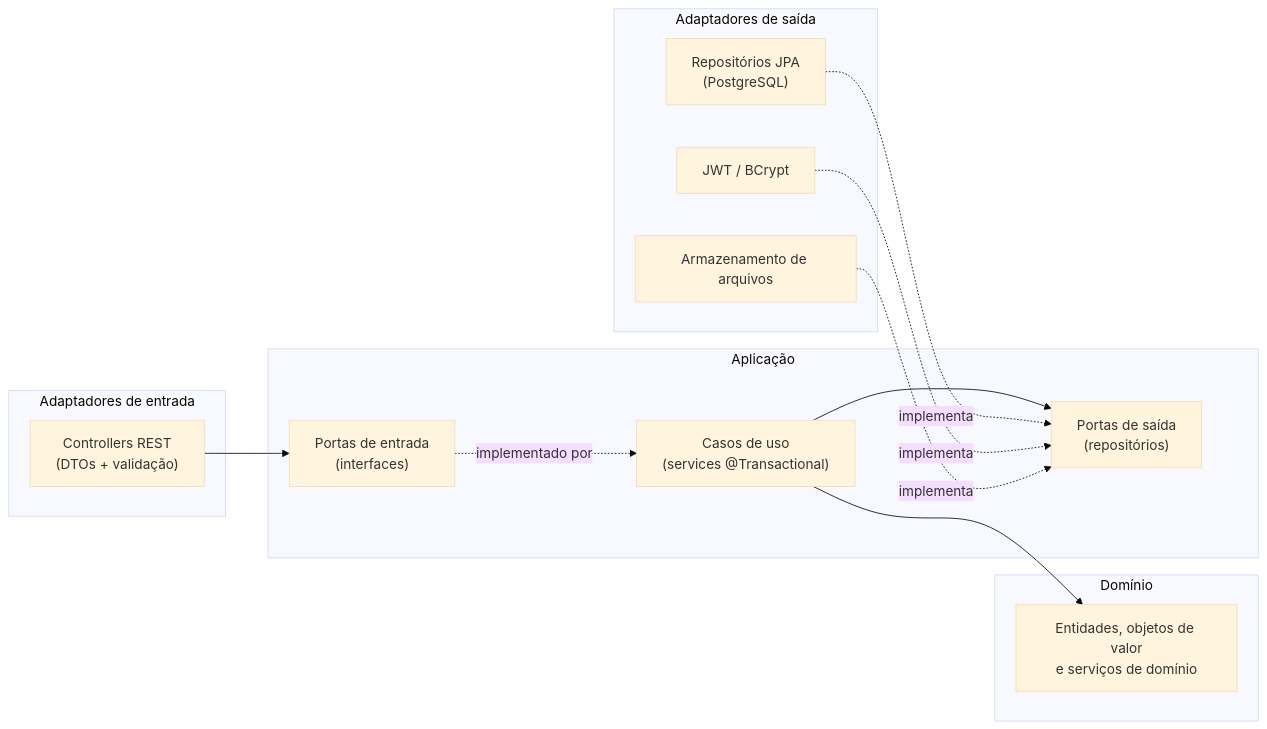
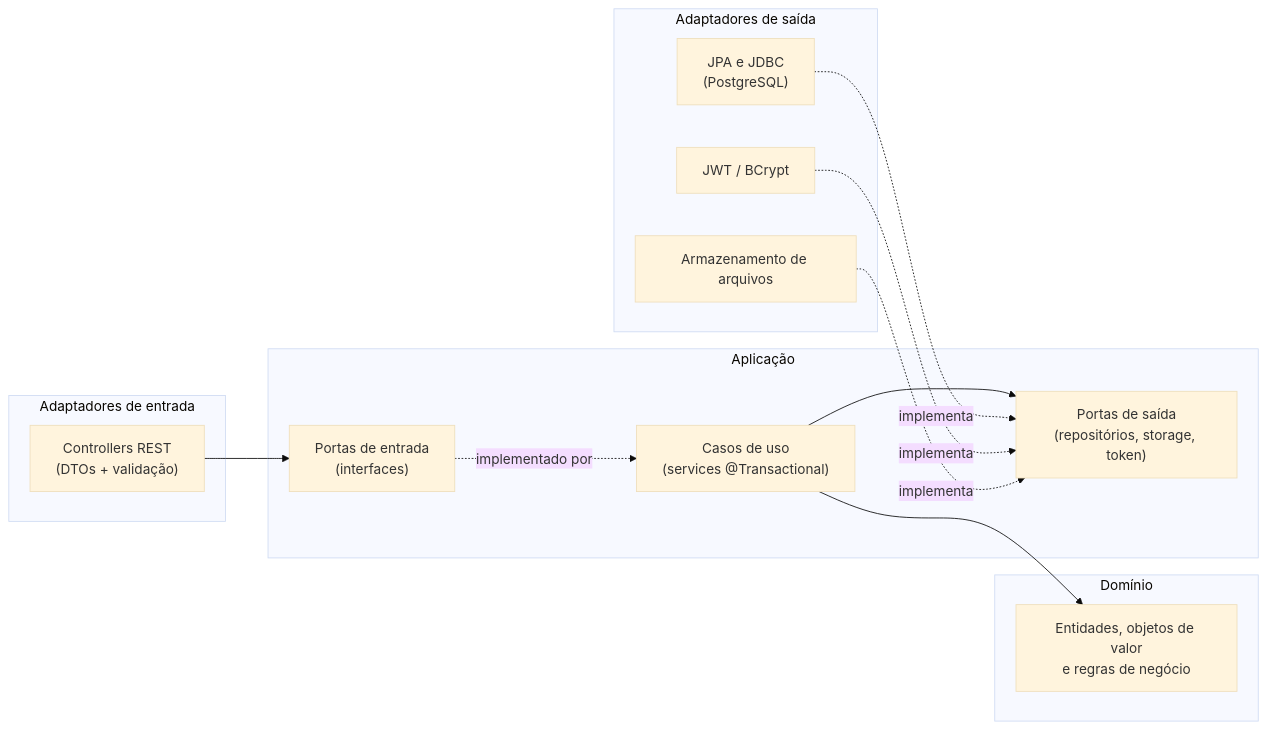
One commit to MarcioFerreiraL/clinics-backend changed the first of 6 diagrams in docs/06-arquitetura-e-classes.md. Above: the diagram before and after it, drawn with Mermaid (base theme). The commit also changed other lines of this file, not shown here.

Commit message:
docs: atualiza arquitetura e diagramas de classes conforme o código

````diff
--- a/docs/06-arquitetura-e-classes.md
+++ b/docs/06-arquitetura-e-classes.md
@@ -7,26 +7,26 @@
 ```mermaid
 flowchart LR
     subgraph IN["Adaptadores de entrada"]
         REST["Controllers REST<br/>(DTOs + validação)"]
     end
     subgraph APP["Aplicação"]
         UCS["Casos de uso<br/>(services @Transactional)"]
         PIN["Portas de entrada<br/>(interfaces)"]
-        POUT["Portas de saída<br/>(repositórios)"]
+        POUT["Portas de saída<br/>(repositórios, storage, token)"]
     end
     subgraph DOM["Domínio"]
-        ENT["Entidades, objetos de valor<br/>e serviços de domínio"]
+        ENT["Entidades, objetos de valor<br/>e regras de negócio"]
     end
     subgraph OUT["Adaptadores de saída"]
-        JPA["Repositórios JPA<br/>(PostgreSQL)"]
+        JPA["JPA e JDBC<br/>(PostgreSQL)"]
         SEC["JWT / BCrypt"]
         STO["Armazenamento de arquivos"]
     end
     REST --> PIN
     PIN -. implementado por .-> UCS
     UCS --> ENT
     UCS --> POUT
     JPA -. implementa .-> POUT
     SEC -. implementa .-> POUT
     STO -. implementa .-> POUT
 ```
````
